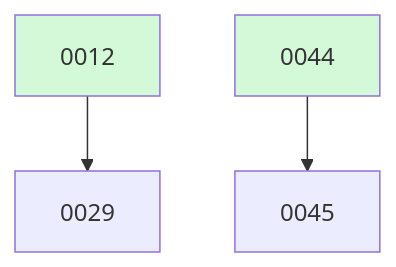
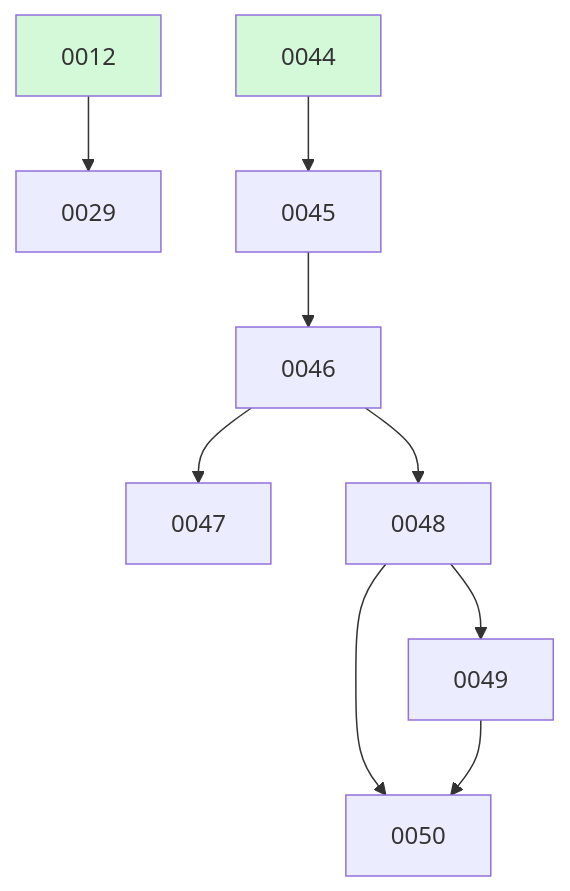
One commit to ethanhinson/fuse changed the diagram in docs/changes/BOARD.md. Above: the diagram before and after it, drawn with Mermaid. The commit also changed other lines of this file, not shown here.

````diff
--- a/docs/changes/BOARD.md
+++ b/docs/changes/BOARD.md
@@ -17,8 +27,14 @@
 ```mermaid
 graph TD
   0012 --> 0029
   0044 --> 0045
+  0045 --> 0046
+  0046 --> 0047
+  0046 --> 0048
+  0048 --> 0049
+  0048 --> 0050
+  0049 --> 0050
   0012:::done
   0044:::done
   classDef done fill:#d3f9d8;
 ```
````
